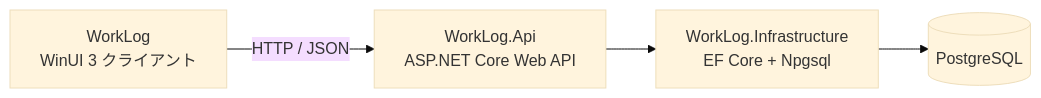
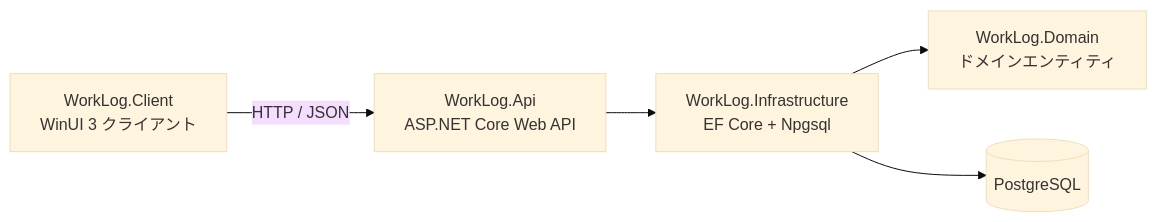
One commit to shadowmt/WorkLog changed the diagram in README.md. Above: the diagram before and after it, drawn with Mermaid (base theme). The commit also changed other lines of this file, not shown here.

````diff
--- a/README.md
+++ b/README.md
@@ -41,6 +42,7 @@
 ```mermaid
 graph LR
-	A[WorkLog<br/>WinUI 3 クライアント] -->|HTTP / JSON| B[WorkLog.Api<br/>ASP.NET Core Web API]
+	A[WorkLog.Client<br/>WinUI 3 クライアント] -->|HTTP / JSON| B[WorkLog.Api<br/>ASP.NET Core Web API]
 	B --> C[WorkLog.Infrastructure<br/>EF Core + Npgsql]
+	C --> E[WorkLog.Domain<br/>ドメインエンティティ]
 	C --> D[(PostgreSQL)]
 ```
````
